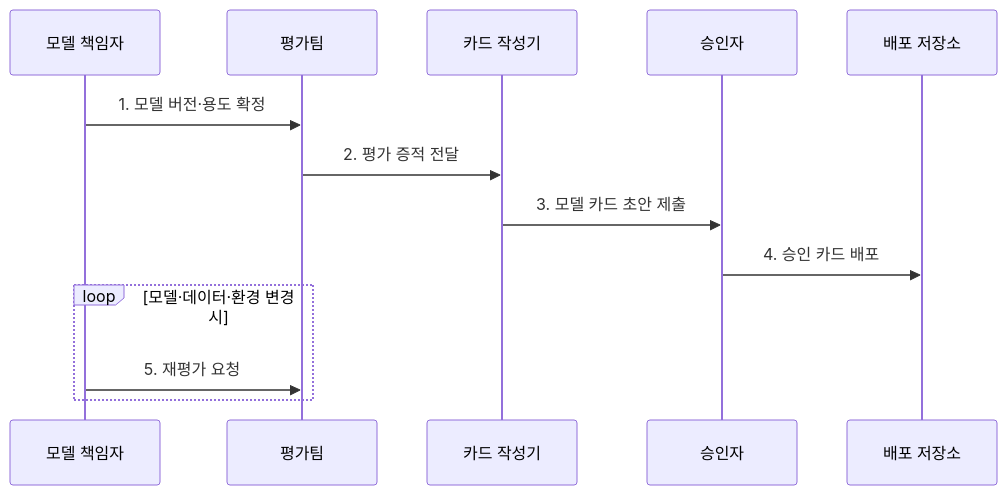
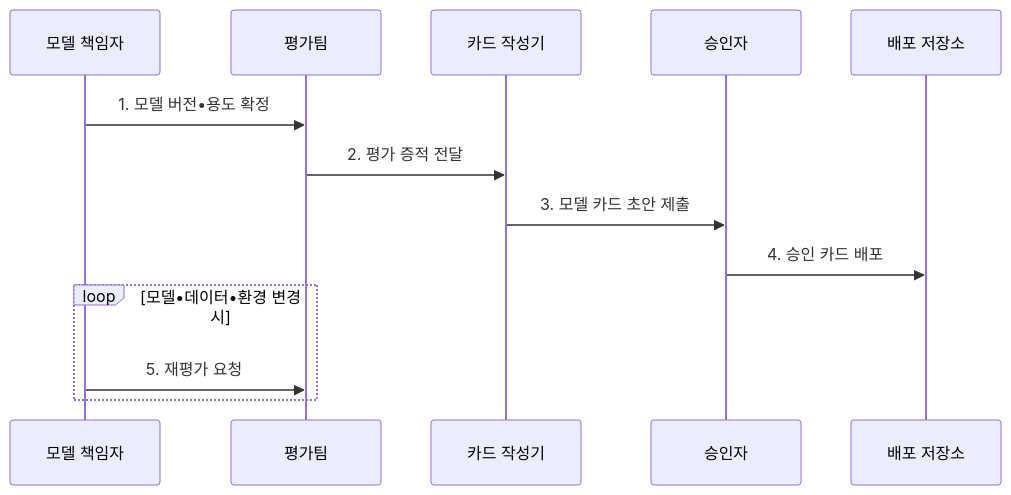
One commit to agnusdei1207/knowledge-base changed the second of 2 diagrams in src/content/docs/notes/08-latest-tech/107_model_card.md. Above: the diagram before and after it, drawn with Mermaid. The commit also changed other lines of this file and 953 other files, not shown here.

````diff
--- a/src/content/docs/notes/08-latest-tech/107_model_card.md
+++ b/src/content/docs/notes/08-latest-tech/107_model_card.md
@@ -101,15 +101,15 @@
 ```mermaid
 sequenceDiagram
     participant O as 모델 책임자
     participant E as 평가팀
     participant C as 카드 작성기
     participant A as 승인자
     participant R as 배포 저장소
-    O->>E: 1. 모델 버전·용도 확정
+    O->>E: 1. 모델 버전•용도 확정
     E->>C: 2. 평가 증적 전달
     C->>A: 3. 모델 카드 초안 제출
     A->>R: 4. 승인 카드 배포
-    loop 모델·데이터·환경 변경 시
+    loop 모델•데이터•환경 변경 시
         O->>E: 5. 재평가 요청
     end
 ```
````
